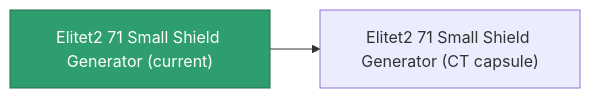
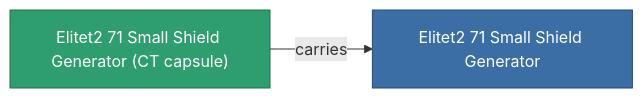
Before and after one commit to OpenPerpetuum/Wiki: the diagram in content/content/items/elitet2_71_small_shield_generator.md, drawn with Mermaid. The commit also changed other lines of this file and 2015 other files, not shown here.

````diff
--- a/content/content/items/elitet2_71_small_shield_generator.md
+++ b/content/content/items/elitet2_71_small_shield_generator.md
@@ -37,8 +37,9 @@
 ```mermaid
 graph LR
-    a["Elitet2 71 Small Shield Generator (current)"]:::current
-    b["Elitet2 71 Small Shield Generator (CT capsule)"]
-    a --> b
-    click b "/content/items/elitet2-71-small-shield-generator-ct-capsule/" "Elitet2 71 Small Shield Generator (CT capsule)"
+    a["Elitet2 71 Small Shield Generator (CT capsule)"]:::current
+    b["Elitet2 71 Small Shield Generator"]:::finished
+    a -->|carries| b
+                click b "/content/items/elitet2-71-small-shield-generator/" "Elitet2 71 Small Shield Generator"
     classDef current fill:#2f9e6f,stroke:#1f6f4a,color:#ffffff
+    classDef finished fill:#3b6ea5,stroke:#274a75,color:#ffffff
 ```
````
